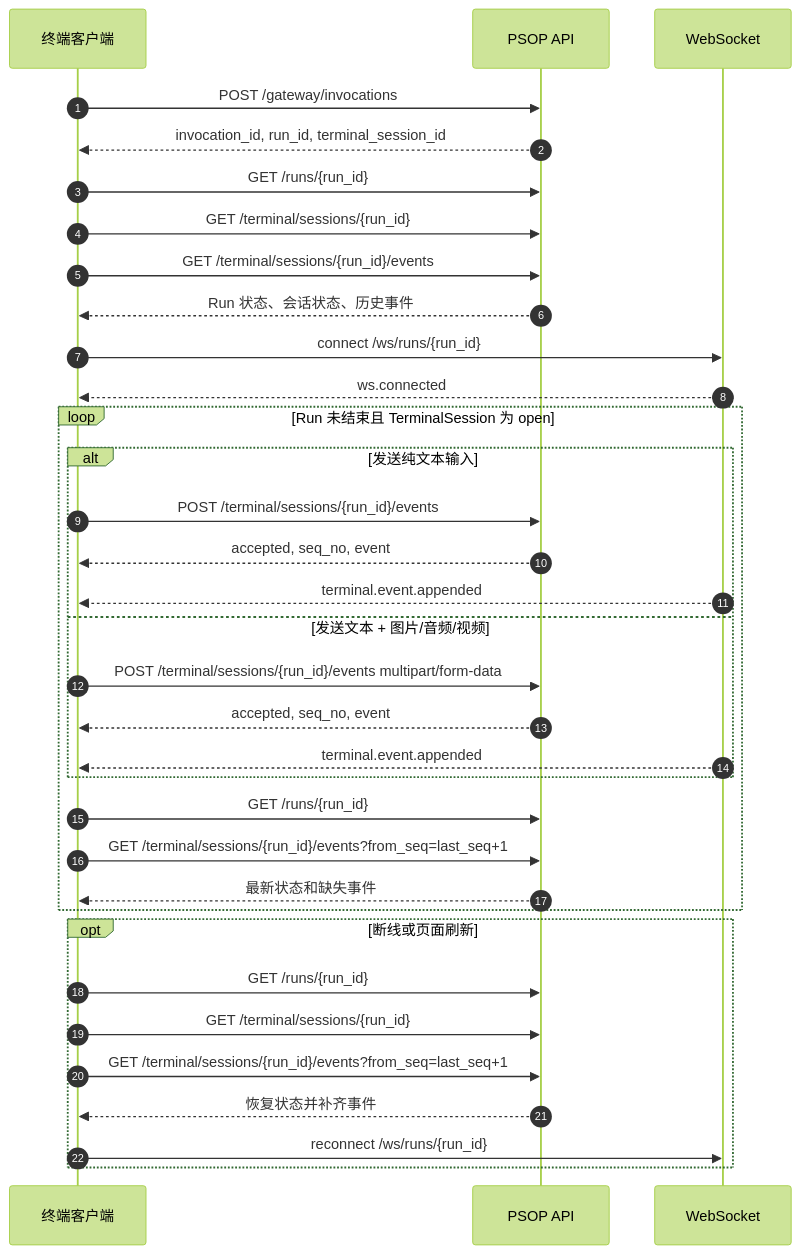
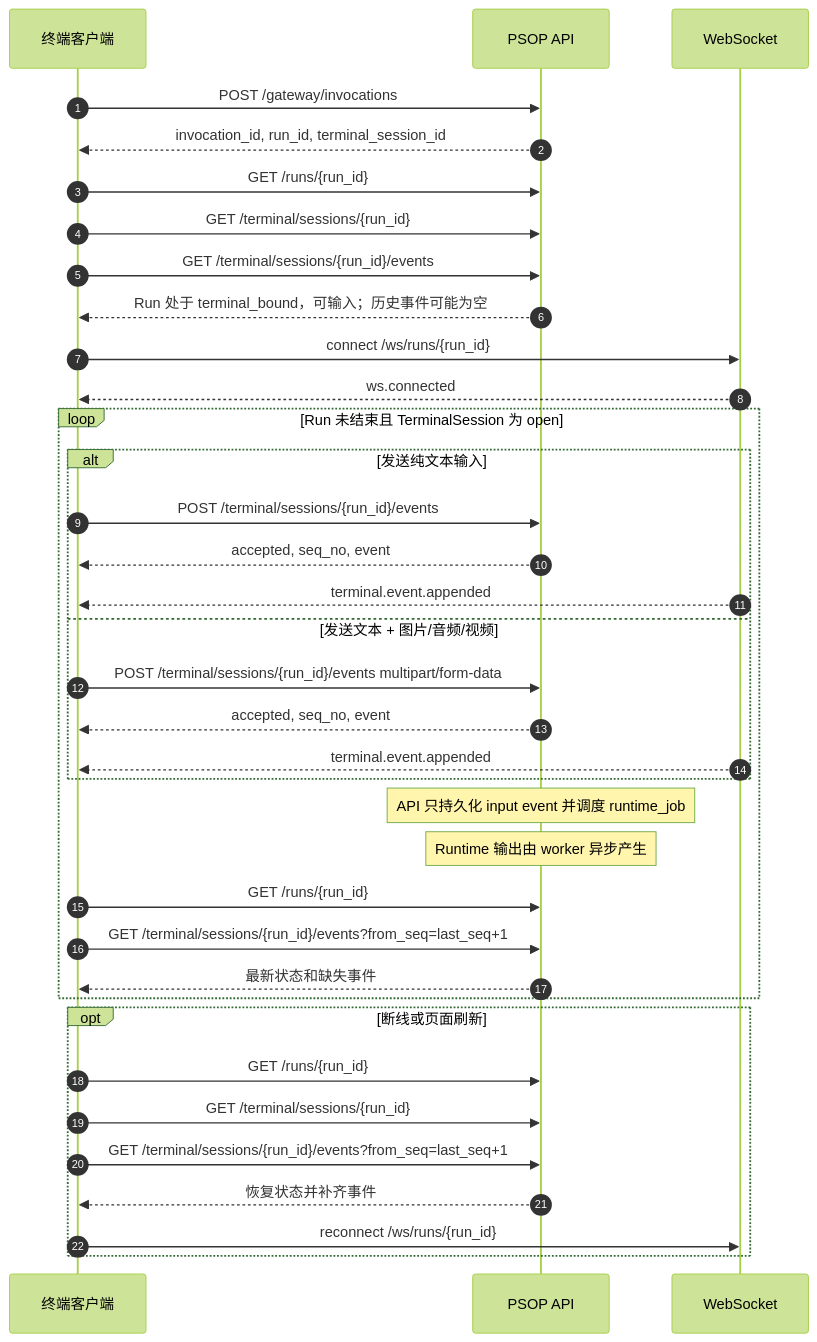
Before and after one commit to servforce/psop: the diagram in docs/guides/terminal-integration-v1.md, drawn with Mermaid (forest theme). The commit also changed other lines of this file and 22 other files, not shown here.

Commit message:
Refine runtime input handling and runner prompt

````diff
--- a/docs/guides/terminal-integration-v1.md
+++ b/docs/guides/terminal-integration-v1.md
@@ -106,41 +106,43 @@
 ```mermaid
 sequenceDiagram
     autonumber
     participant T as 终端客户端
     participant API as PSOP API
     participant WS as WebSocket
 
     T->>API: POST /gateway/invocations
     API-->>T: invocation_id, run_id, terminal_session_id
 
     T->>API: GET /runs/{run_id}
     T->>API: GET /terminal/sessions/{run_id}
     T->>API: GET /terminal/sessions/{run_id}/events
-    API-->>T: Run 状态、会话状态、历史事件
+    API-->>T: Run 处于 terminal_bound，可输入；历史事件可能为空
 
     T->>WS: connect /ws/runs/{run_id}
     WS-->>T: ws.connected
 
     loop Run 未结束且 TerminalSession 为 open
         alt 发送纯文本输入
             T->>API: POST /terminal/sessions/{run_id}/events
             API-->>T: accepted, seq_no, event
             WS-->>T: terminal.event.appended
         else 发送文本 + 图片/音频/视频
             T->>API: POST /terminal/sessions/{run_id}/events multipart/form-data
             API-->>T: accepted, seq_no, event
             WS-->>T: terminal.event.appended
         end
+        Note over API: API 只持久化 input event 并调度 runtime_job
+        Note over API: Runtime 输出由 worker 异步产生
         T->>API: GET /runs/{run_id}
         T->>API: GET /terminal/sessions/{run_id}/events?from_seq=last_seq+1
         API-->>T: 最新状态和缺失事件
     end
 
     opt 断线或页面刷新
         T->>API: GET /runs/{run_id}
         T->>API: GET /terminal/sessions/{run_id}
         T->>API: GET /terminal/sessions/{run_id}/events?from_seq=last_seq+1
         API-->>T: 恢复状态并补齐事件
         T->>WS: reconnect /ws/runs/{run_id}
     end
 ```
````
